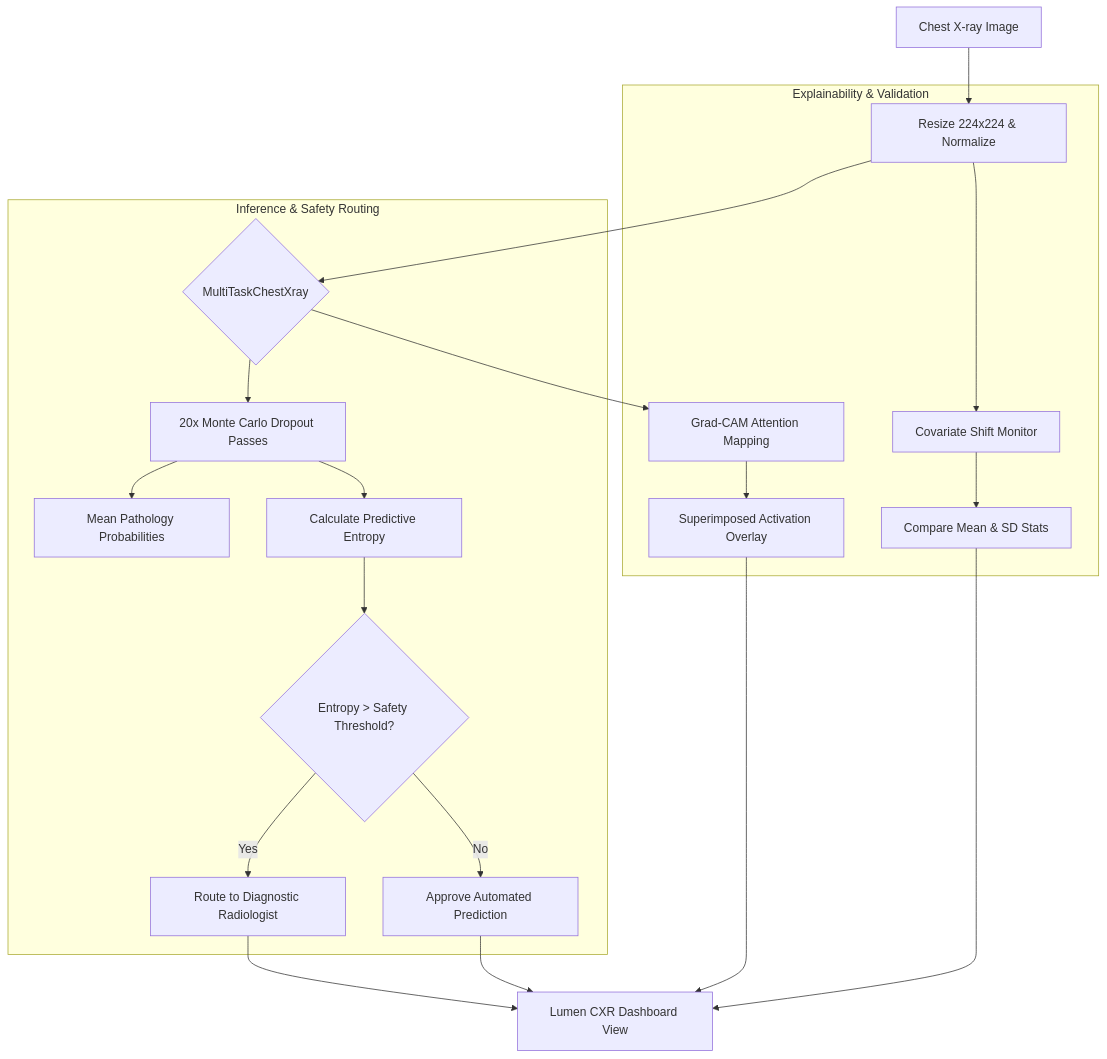
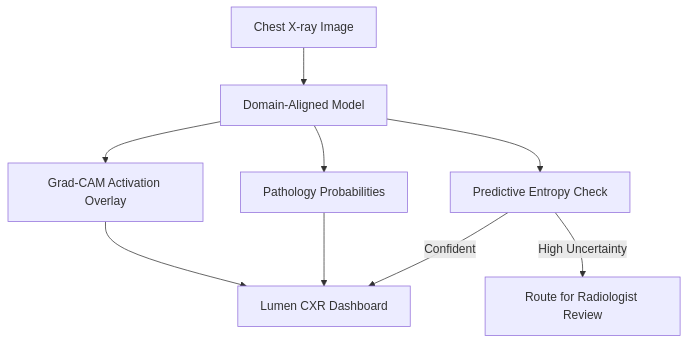
One commit to Sharan-kondi/Domain-Robust-Chest-X-ray-Diagnosis-Pipeline changed the diagram in README.md. Above: the diagram before and after it, drawn with Mermaid. The commit also changed other lines of this file and 2 other files, not shown here.

Commit message:
Fix libgl1-mesa-glx -> libgl1 for Debian Bookworm compatibility

````diff
--- a/README.md
+++ b/README.md
@@ -26,28 +29,14 @@
 ```mermaid
 graph TD
-    Input[Chest X-ray Image] --> Preprocess[Resize 224x224 & Normalize]
-    Preprocess --> Model{MultiTaskChestXray}
+    Input[Chest X-ray Image] --> Model[Domain-Aligned Model]
     
-    subgraph Inference & Safety Routing
-        Model --> MCDropout[20x Monte Carlo Dropout Passes]
-        MCDropout --> Average[Mean Pathology Probabilities]
-        MCDropout --> Entropy[Calculate Predictive Entropy]
-        
-        Entropy --> Check{Entropy > Safety Threshold?}
-        Check -- Yes --> Route[Route to Diagnostic Radiologist]
-        Check -- No --> Output[Approve Automated Prediction]
-    end
+    Model --> Probabilities[Pathology Probabilities]
+    Model --> GradCAM[Grad-CAM Activation Overlay]
+    Model --> Uncertainty[Predictive Entropy Check]
     
-    subgraph Explainability & Validation
-        Model --> GradCAM[Grad-CAM Attention Mapping]
-        GradCAM --> Overlay[Superimposed Activation Overlay]
-        
-        Preprocess --> Drift[Covariate Shift Monitor]
-        Drift --> DriftScore[Compare Mean & SD Stats]
-    end
+    Uncertainty -- High Uncertainty --> Review[Route for Radiologist Review]
+    Uncertainty -- Confident --> Dashboard[Lumen CXR Dashboard]
     
-    Route --> Dashboard[Lumen CXR Dashboard View]
-    Output --> Dashboard
-    Overlay --> Dashboard
-    DriftScore --> Dashboard
+    Probabilities --> Dashboard
+    GradCAM --> Dashboard
 ```
````
